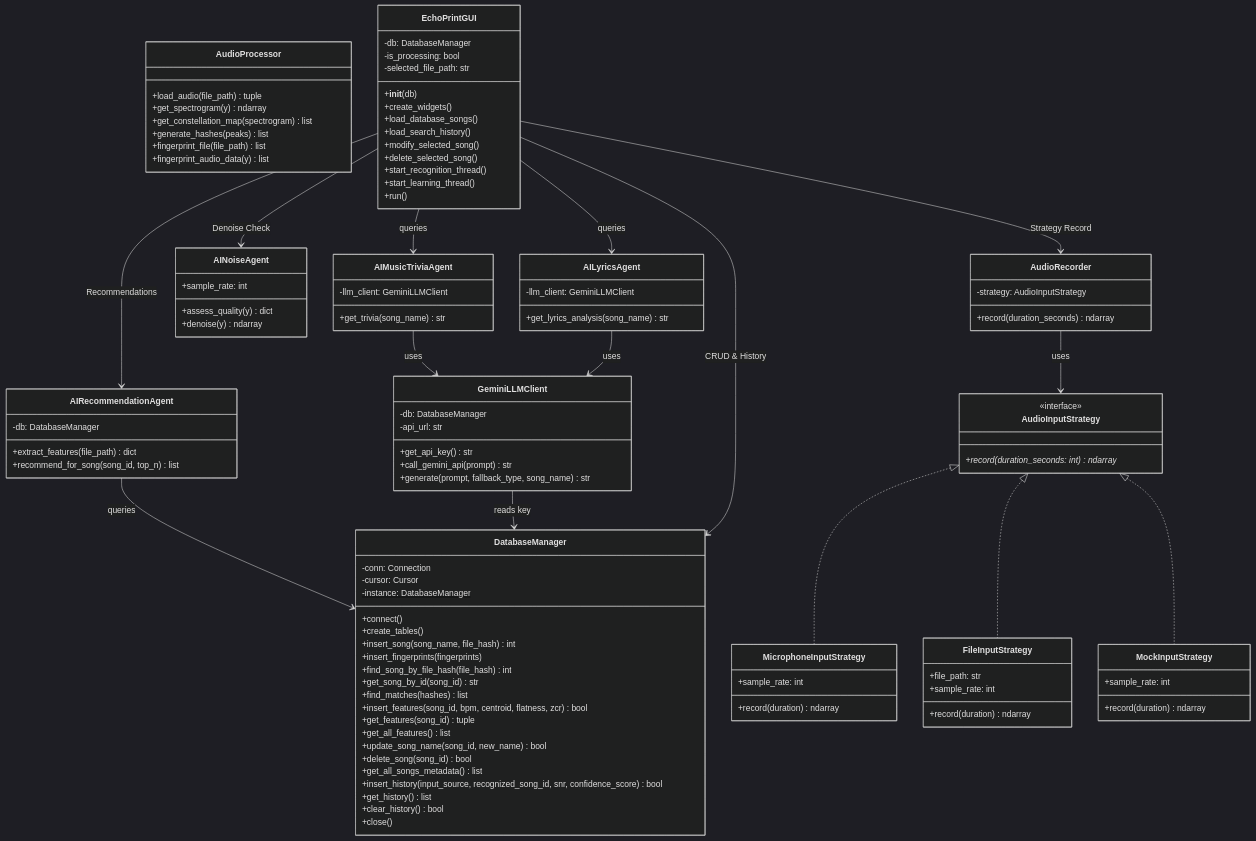
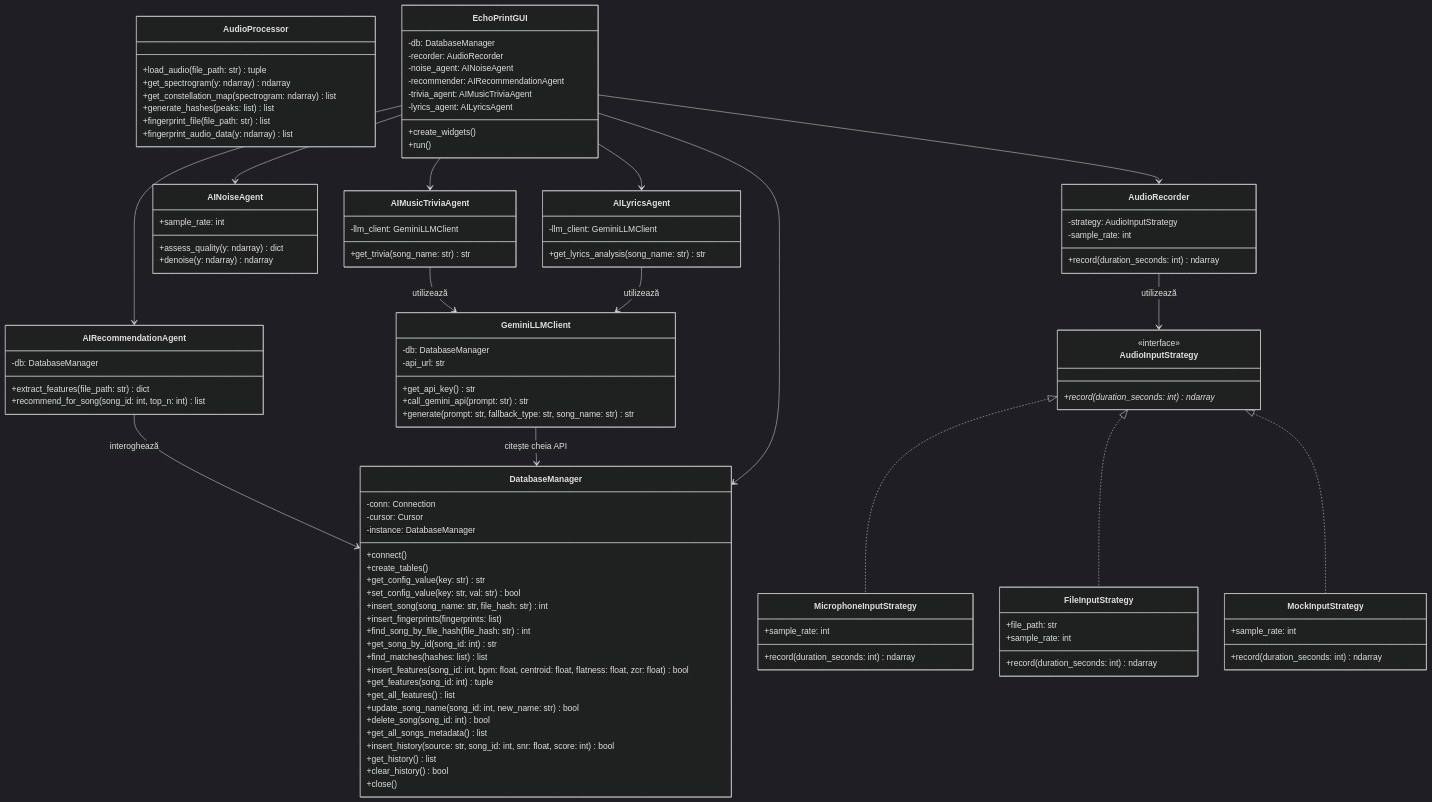
One commit to vladenachescu/EchoPrint changed the diagram in README.md. Above: the diagram before and after it, drawn with Mermaid (dark theme). The commit also changed other lines of this file and 2 other files, not shown here.

Commit message:
Refactor structure, integrate Gemini LLM agents, update README and remove unnecessary documentation

````diff
--- a/README.md
+++ b/README.md
@@ -15,20 +84,20 @@
 classDiagram
     class AudioInputStrategy {
         <<interface>>
-        +record(duration_seconds: int) ndarray*
+        +record(duration_seconds: int)* ndarray
     }
     class MicrophoneInputStrategy {
         +sample_rate: int
-        +record(duration) ndarray
+        +record(duration_seconds: int) ndarray
     }
     class FileInputStrategy {
         +file_path: str
         +sample_rate: int
-        +record(duration) ndarray
+        +record(duration_seconds: int) ndarray
     }
     class MockInputStrategy {
         +sample_rate: int
-        +record(duration) ndarray
+        +record(duration_seconds: int) ndarray
     }
     
     AudioInputStrategy <|.. MicrophoneInputStrategy
@@ -37,9 +106,10 @@
     
     class AudioRecorder {
         -strategy: AudioInputStrategy
-        +record(duration_seconds) ndarray
+        -sample_rate: int
+        +record(duration_seconds: int) ndarray
     }
-    AudioRecorder --> AudioInputStrategy : uses
+    AudioRecorder --> AudioInputStrategy : utilizează
     
     class DatabaseManager {
         -conn: Connection
@@ -47,84 +117,82 @@
         -instance: DatabaseManager$
         +connect()
         +create_tables()
-        +insert_song(song_name, file_hash) int
-        +insert_fingerprints(fingerprints)
-        +find_song_by_file_hash(file_hash) int
-        +get_song_by_id(song_id) str
-        +find_matches(hashes) list
-        +insert_features(song_id, bpm, centroid, flatness, zcr) bool
-        +get_features(song_id) tuple
+        +get_config_value(key: str) str
+        +set_config_value(key: str, val: str) bool
+        +insert_song(song_name: str, file_hash: str) int
+        +insert_fingerprints(fingerprints: list)
+        +find_song_by_file_hash(file_hash: str) int
+        +get_song_by_id(song_id: int) str
+        +find_matches(hashes: list) list
+        +insert_features(song_id: int, bpm: float, centroid: float, flatness: float, zcr: float) bool
+        +get_features(song_id: int) tuple
         +get_all_features() list
-        +update_song_name(song_id, new_name) bool
-        +delete_song(song_id) bool
+        +update_song_name(song_id: int, new_name: str) bool
+        +delete_song(song_id: int) bool
         +get_all_songs_metadata() list
-        +insert_history(input_source, recognized_song_id, snr, confidence_score) bool
+        +insert_history(source: str, song_id: int, snr: float, score: int) bool
         +get_history() list
         +clear_history() bool
         +close()
     }
     
     class AudioProcessor {
-        +load_audio(file_path) tuple
-        +get_spectrogram(y) ndarray
-        +get_constellation_map(spectrogram) list
-        +generate_hashes(peaks) list
-        +fingerprint_file(file_path) list
-        +fingerprint_audio_data(y) list
+        +load_audio(file_path: str) tuple
+        +get_spectrogram(y: ndarray) ndarray
+        +get_constellation_map(spectrogram: ndarray) list
+        +generate_hashes(peaks: list) list
+        +fingerprint_file(file_path: str) list
+        +fingerprint_audio_data(y: ndarray) list
     }
     
     class AINoiseAgent {
         +sample_rate: int
-        +assess_quality(y) dict
-        +denoise(y) ndarray
+        +assess_quality(y: ndarray) dict
+        +denoise(y: ndarray) ndarray
     }
     
     class AIRecommendationAgent {
         -db: DatabaseManager
-        +extract_features(file_path) dict
-        +recommend_for_song(song_id, top_n) list
+        +extract_features(file_path: str) dict
+        +recommend_for_song(song_id: int, top_n: int) list
     }
-    AIRecommendationAgent --> DatabaseManager : queries
+    AIRecommendationAgent --> DatabaseManager : interoghează
     
     class GeminiLLMClient {
         -db: DatabaseManager
         -api_url: str
         +get_api_key() str
-        +call_gemini_api(prompt) str
-        +generate(prompt, fallback_type, song_name) str
+        +call_gemini_api(prompt: str) str
+        +generate(prompt: str, fallback_type: str, song_name: str) str
     }
-    GeminiLLMClient --> DatabaseManager : reads key
-
+    GeminiLLMClient --> DatabaseManager : citește cheia API
+    
     class AIMusicTriviaAgent {
         -llm_client: GeminiLLMClient
-        +get_trivia(song_name) str
+        +get_trivia(song_name: str) str
     }
-    AIMusicTriviaAgent --> GeminiLLMClient : uses
-
+    AIMusicTriviaAgent --> GeminiLLMClient : utilizează
+    
     class AILyricsAgent {
         -llm_client: GeminiLLMClient
-        +get_lyrics_analysis(song_name) str
+        +get_lyrics_analysis(song_name: str) str
     }
-    AILyricsAgent --> GeminiLLMClient : uses
+    AILyricsAgent --> GeminiLLMClient : utilizează
     
     class EchoPrintGUI {
         -db: DatabaseManager
-        -is_processing: bool
-        -selected_file_path: str
-        +__init__(db)
+        -recorder: AudioRecorder
+        -noise_agent: AINoiseAgent
+        -recommender: AIRecommendationAgent
+        -trivia_agent: AIMusicTriviaAgent
+        -lyrics_agent: AILyricsAgent
         +create_widgets()
-        +load_database_songs()
-        +load_search_history()
-        +modify_selected_song()
-        +delete_selected_song()
-        +start_recognition_thread()
-        +start_learning_thread()
         +run()
     }
-    EchoPrintGUI --> DatabaseManager : CRUD & History
-    EchoPrintGUI --> AINoiseAgent : Denoise Check
-    EchoPrintGUI --> AIRecommendationAgent : Recommendations
-    EchoPrintGUI --> AudioRecorder : Strategy Record
-    EchoPrintGUI --> AIMusicTriviaAgent : queries
-    EchoPrintGUI --> AILyricsAgent : queries
+    EchoPrintGUI --> DatabaseManager
+    EchoPrintGUI --> AudioRecorder
+    EchoPrintGUI --> AINoiseAgent
+    EchoPrintGUI --> AIRecommendationAgent
+    EchoPrintGUI --> AIMusicTriviaAgent
+    EchoPrintGUI --> AILyricsAgent
 ```
````
